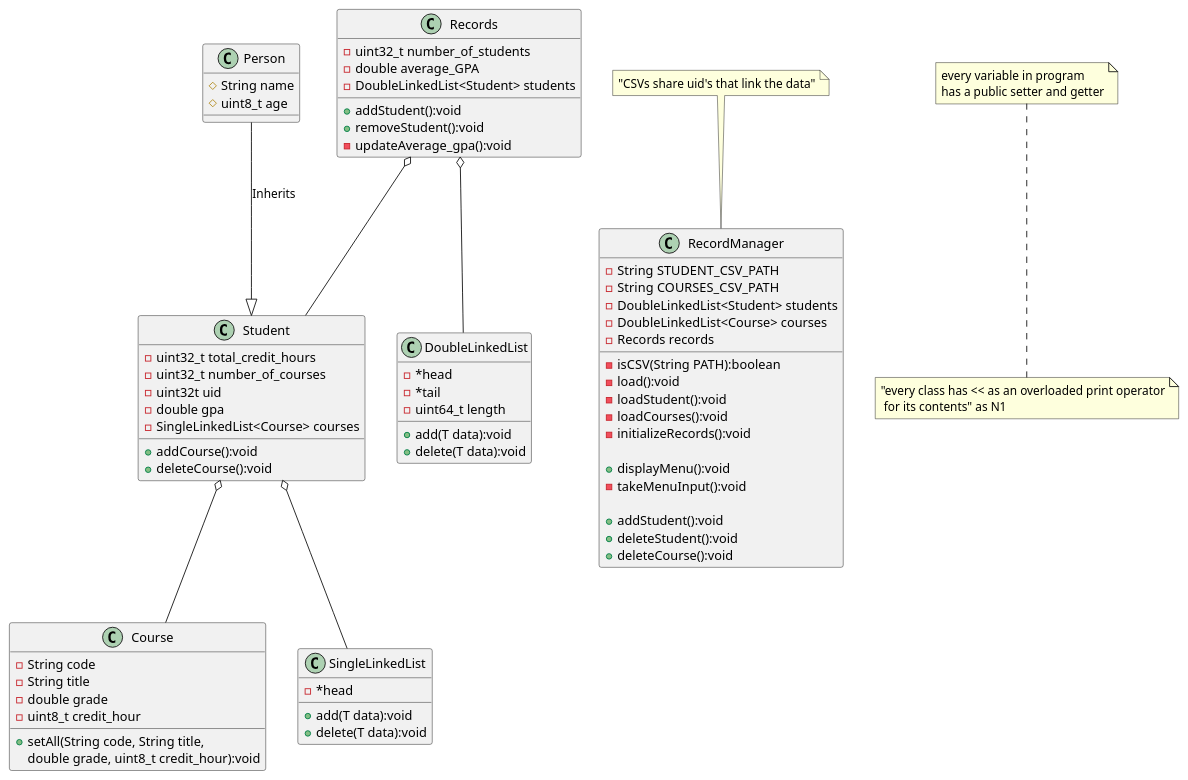
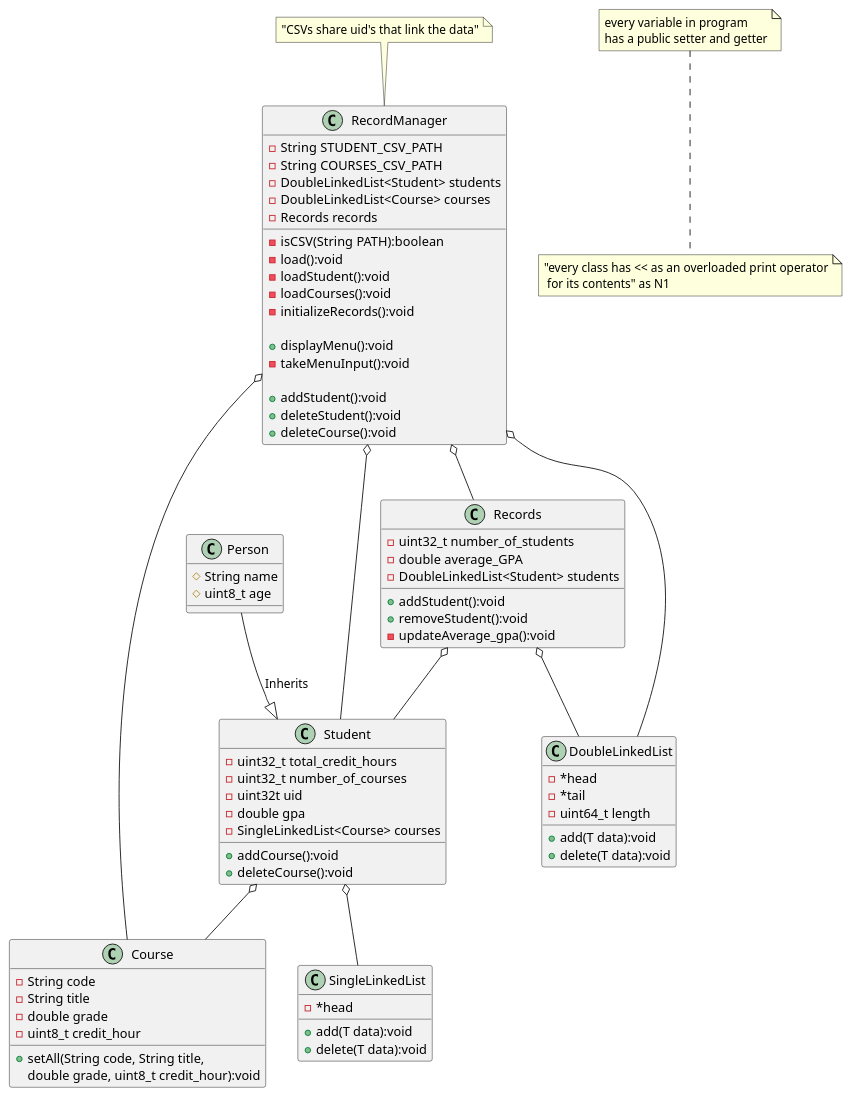
One commit to Andrew-Shepard/SimpleStudentRecordSystem changed the diagram in uml/ClassDiagram.puml. Above: the diagram before and after it, drawn with PlantUML.

Commit message:
Updated uml to show aggregation for RecordManager

```diff
--- a/uml/ClassDiagram.puml
+++ b/uml/ClassDiagram.puml
@@ -1,81 +1,85 @@
 @startuml
 
 class Person {
     #String name
     #uint8_t age
 }
 
 class Course {
     -String code
     -String title
     -double grade
     -uint8_t credit_hour
 
     +setAll(String code, String title,
         double grade, uint8_t credit_hour):void
 }
 class SingleLinkedList{
     -*head
 
     +add(T data):void
     +delete(T data):void
 }
 class DoubleLinkedList{
     -*head
     -*tail
     -uint64_t length
 
     +add(T data):void
     +delete(T data):void
 
 }
 class RecordManager{
     -String STUDENT_CSV_PATH
     -String COURSES_CSV_PATH
     -DoubleLinkedList<Student> students
     -DoubleLinkedList<Course> courses
     -Records records
 
     -isCSV(String PATH):boolean
     -load():void
     -loadStudent():void
     -loadCourses():void
     -initializeRecords():void
 
     +displayMenu():void
     -takeMenuInput():void
 
     +addStudent():void
     +deleteStudent():void
     +deleteCourse():void
 }
 class Student{
     -uint32_t total_credit_hours
     -uint32_t number_of_courses
     -uint32t uid
     -double gpa
     -SingleLinkedList<Course> courses
 
     +addCourse():void
     +deleteCourse():void
 }
 class Records{
     -uint32_t number_of_students
     -double average_GPA
     -DoubleLinkedList<Student> students
 
     +addStudent():void
     +removeStudent():void
     -updateAverage_gpa():void
 }
 Person --|> Student : Inherits
 Student o-- SingleLinkedList
 Records o-- DoubleLinkedList
 Student o-- Course
 Records o-- Student
+RecordManager o-- DoubleLinkedList
+RecordManager o-- Records
+RecordManager o-- Student
+RecordManager o-- Course
 
 class Person
 note "every variable in program\nhas a public setter and getter" as N2
 note bottom of N2 : "every class has << as an overloaded print operator\n for its contents" as N1
 note top of RecordManager : "CSVs share uid's that link the data"
 @enduml
```
